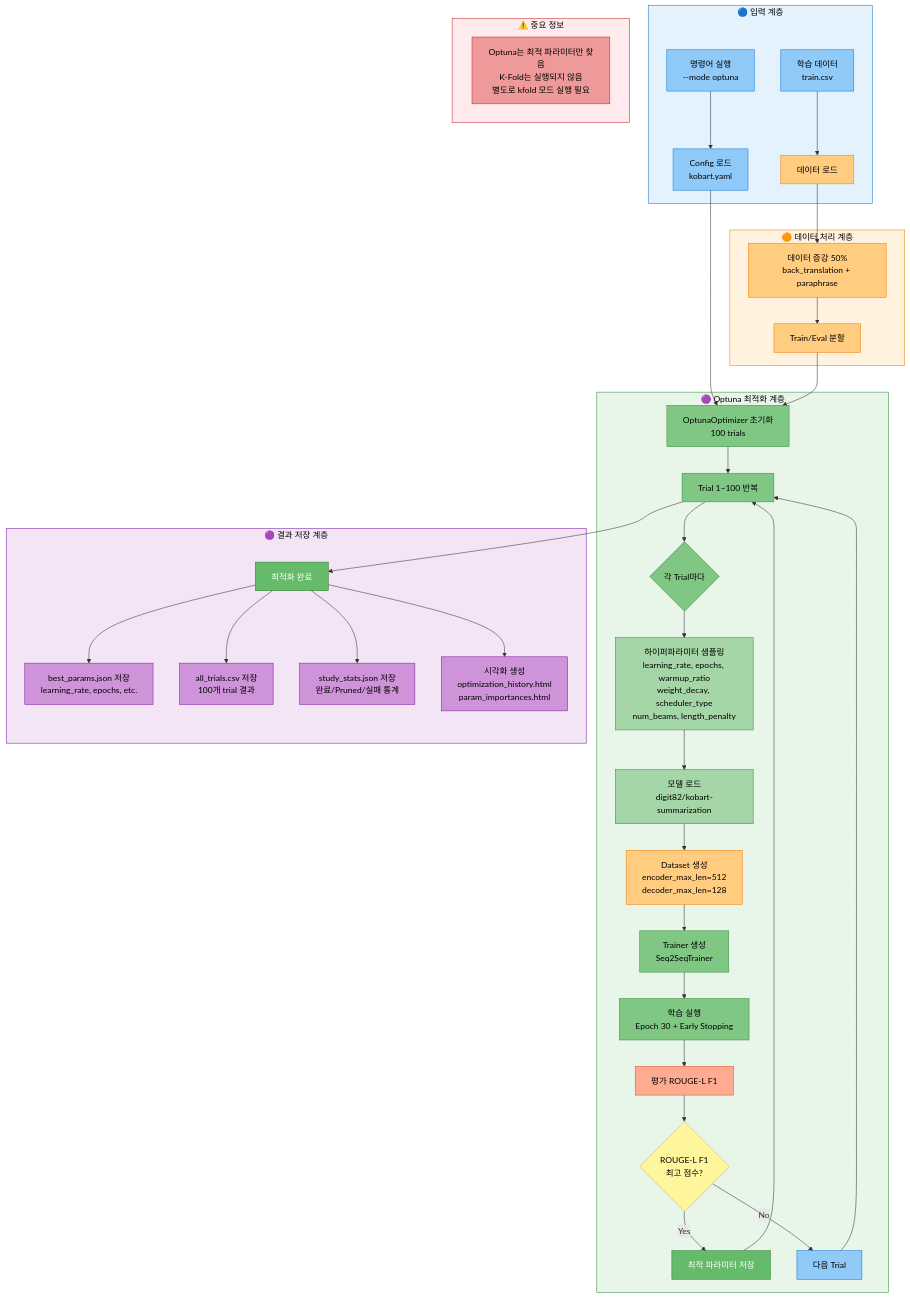
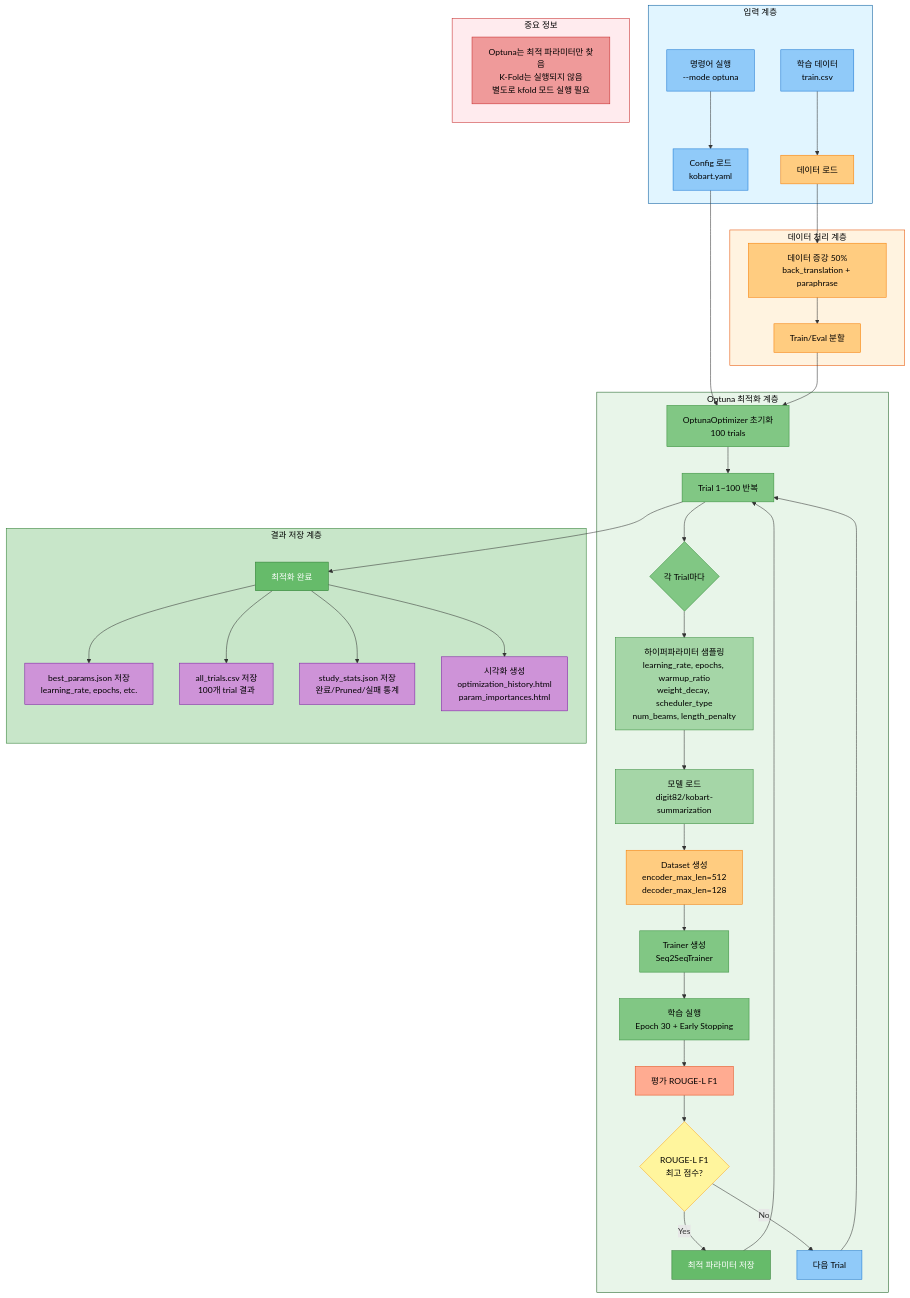
Before and after one commit to AIBootcamp14/naturallanguageprocessingcompetition-nlp-1: the second of 6 diagrams in docs/모듈화/04_02_KoBART_단일모델_최강_성능_전략.md, drawn with Mermaid. The commit also changed other lines of this file, not shown here.

````diff
--- a/docs/모듈화/04_02_KoBART_단일모델_최강_성능_전략.md
+++ b/docs/모듈화/04_02_KoBART_단일모델_최강_성능_전략.md
@@ -100,73 +100,73 @@
 ```mermaid
 graph TB
-    subgraph input["🔵 입력 계층"]
+    subgraph Input["입력 계층"]
         A[명령어 실행<br/>--mode optuna] --> B[Config 로드<br/>kobart.yaml]
         A1[학습 데이터<br/>train.csv] --> C[데이터 로드]
     end
 
-    subgraph processing["🟠 데이터 처리 계층"]
+    subgraph DataProcess["데이터 처리 계층"]
         C --> D[데이터 증강 50%<br/>back_translation + paraphrase]
         D --> E[Train/Eval 분할]
     end
 
-    subgraph optimization["🟣 Optuna 최적화 계층"]
+    subgraph Optimization["Optuna 최적화 계층"]
         B --> F[OptunaOptimizer 초기화<br/>100 trials]
         E --> F
         F --> G[Trial 1~100 반복]
         G --> H{각 Trial마다}
         H --> I[하이퍼파라미터 샘플링<br/>learning_rate, epochs, warmup_ratio<br/>weight_decay, scheduler_type<br/>num_beams, length_penalty]
         I --> J[모델 로드<br/>digit82/kobart-summarization]
         J --> K[Dataset 생성<br/>encoder_max_len=512<br/>decoder_max_len=128]
         K --> L[Trainer 생성<br/>Seq2SeqTrainer]
         L --> M[학습 실행<br/>Epoch 30 + Early Stopping]
         M --> N[평가 ROUGE-L F1]
         N --> O{ROUGE-L F1<br/>최고 점수?}
         O -->|Yes| P[최적 파라미터 저장]
         O -->|No| Q[다음 Trial]
         Q --> G
         P --> G
     end
 
-    subgraph results["🟣 결과 저장 계층"]
+    subgraph Results["결과 저장 계층"]
         G --> R[최적화 완료]
         R --> S[best_params.json 저장<br/>learning_rate, epochs, etc.]
         R --> T[all_trials.csv 저장<br/>100개 trial 결과]
         R --> U[study_stats.json 저장<br/>완료/Pruned/실패 통계]
         R --> V[시각화 생성<br/>optimization_history.html<br/>param_importances.html]
     end
 
-    subgraph warning["⚠️ 중요 정보"]
+    subgraph Warning["중요 정보"]
         W[Optuna는 최적 파라미터만 찾음<br/>K-Fold는 실행되지 않음<br/>별도로 kfold 모드 실행 필요]
     end
 
-    style input fill:#e3f2fd,stroke:#1976d2,color:#000
-    style processing fill:#fff3e0,stroke:#f57c00,color:#000
-    style optimization fill:#e8f5e9,stroke:#388e3c,color:#000
-    style results fill:#f3e5f5,stroke:#7b1fa2,color:#000
-    style warning fill:#ffebee,stroke:#c62828,color:#000
+    style Input fill:#e1f5ff,stroke:#01579b,color:#000
+    style DataProcess fill:#fff3e0,stroke:#e65100,color:#000
+    style Optimization fill:#e8f5e9,stroke:#1b5e20,color:#000
+    style Results fill:#c8e6c9,stroke:#2e7d32,color:#000
+    style Warning fill:#ffebee,stroke:#c62828,color:#000
 
     style A fill:#90caf9,stroke:#1976d2,color:#000
     style A1 fill:#90caf9,stroke:#1976d2,color:#000
     style B fill:#90caf9,stroke:#1976d2,color:#000
     style C fill:#ffcc80,stroke:#f57c00,color:#000
     style D fill:#ffcc80,stroke:#f57c00,color:#000
     style E fill:#ffcc80,stroke:#f57c00,color:#000
     style F fill:#81c784,stroke:#388e3c,color:#000
     style G fill:#81c784,stroke:#388e3c,color:#000
     style H fill:#81c784,stroke:#388e3c,color:#000
     style I fill:#a5d6a7,stroke:#388e3c,color:#000
     style J fill:#a5d6a7,stroke:#388e3c,color:#000
     style K fill:#ffcc80,stroke:#f57c00,color:#000
     style L fill:#81c784,stroke:#388e3c,color:#000
     style M fill:#81c784,stroke:#388e3c,color:#000
     style N fill:#ffab91,stroke:#e64a19,color:#000
     style O fill:#fff59d,stroke:#f9a825,color:#000
     style P fill:#66bb6a,stroke:#2e7d32,color:#fff
     style Q fill:#90caf9,stroke:#1976d2,color:#000
     style R fill:#66bb6a,stroke:#2e7d32,color:#fff
     style S fill:#ce93d8,stroke:#7b1fa2,color:#000
     style T fill:#ce93d8,stroke:#7b1fa2,color:#000
     style U fill:#ce93d8,stroke:#7b1fa2,color:#000
     style V fill:#ce93d8,stroke:#7b1fa2,color:#000
     style W fill:#ef9a9a,stroke:#c62828,color:#000
 ```
````
